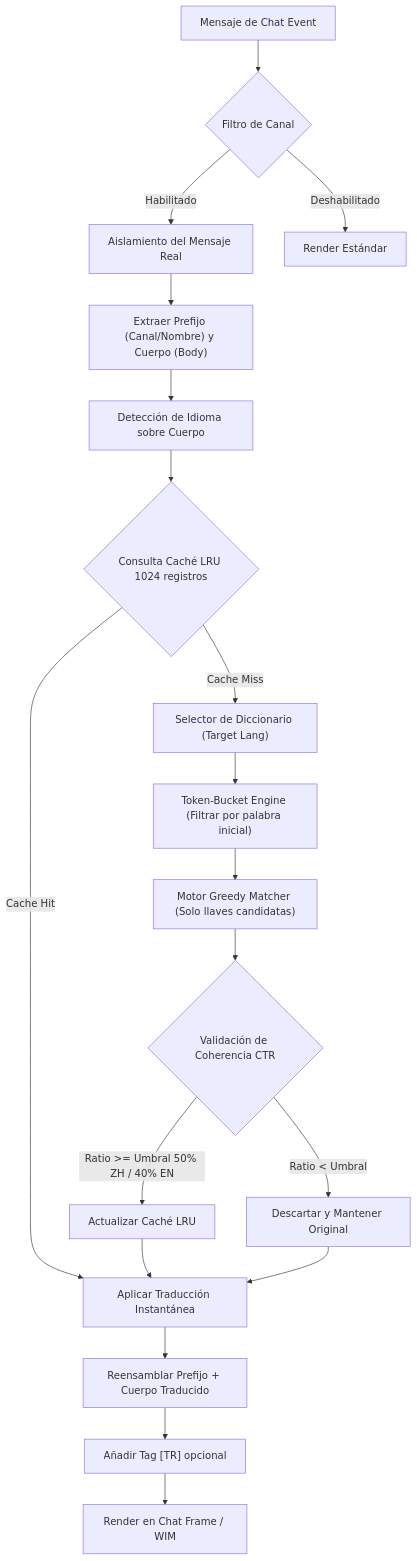
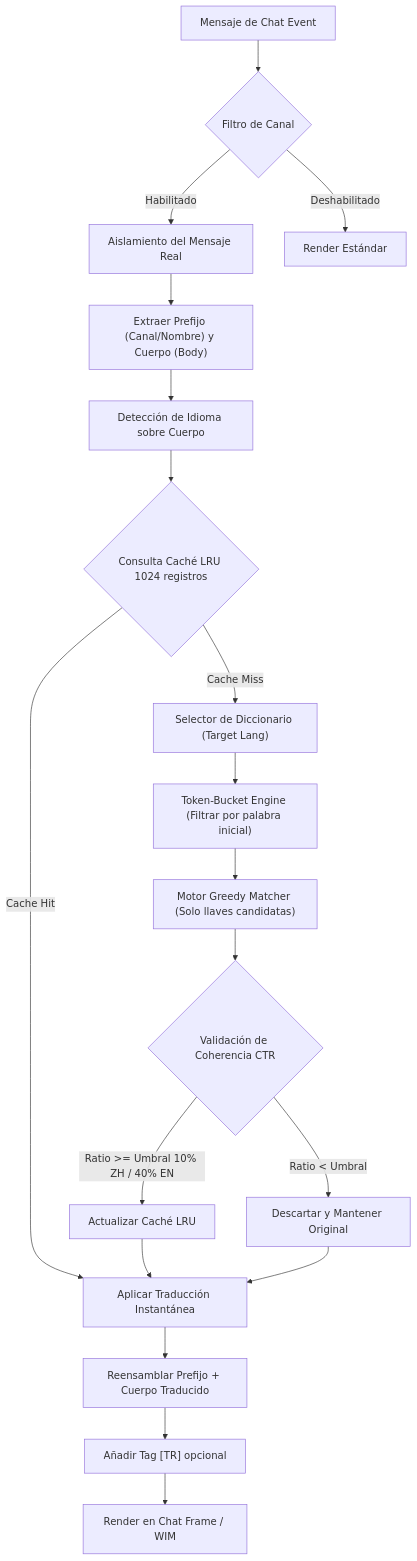
The diagram in wiki/Arquitectura.md (DarckRovert/pfUI-El-Sequito-del-Terror-Edition), drawn with Mermaid before and after one commit. The commit also changed other lines of this file and 2 other files, not shown here.

Commit message:
docs: update Wiki docs to reflect aggressive CTR 10% for Chinese

````diff
--- a/wiki/Arquitectura.md
+++ b/wiki/Arquitectura.md
@@ -21,21 +21,21 @@
 ```mermaid
 graph TD
     A[Mensaje de Chat Event] --> B{Filtro de Canal}
     B -- Habilitado --> C[Aislamiento del Mensaje Real]
     B -- Deshabilitado --> Z[Render Estándar]
     C --> D["Extraer Prefijo (Canal/Nombre) y Cuerpo (Body)"]
     D --> E[Detección de Idioma sobre Cuerpo]
     E --> F{Consulta Caché LRU 1024 registros}
     F -- Cache Hit --> G[Aplicar Traducción Instantánea]
     F -- Cache Miss --> H["Selector de Diccionario (Target Lang)"]
     H --> I["Token-Bucket Engine (Filtrar por palabra inicial)"]
     I --> J["Motor Greedy Matcher (Solo llaves candidatas)"]
     J --> K{Validación de Coherencia CTR}
-    K -- Ratio >= Umbral 50% ZH / 40% EN --> L[Actualizar Caché LRU]
+    K -- Ratio >= Umbral 10% ZH / 40% EN --> L[Actualizar Caché LRU]
     K -- Ratio < Umbral --> M[Descartar y Mantener Original]
     L --> G
     M --> G
     G --> N[Reensamblar Prefijo + Cuerpo Traducido]
     N --> O["Añadir Tag [TR] opcional"]
     O --> P["Render en Chat Frame / WIM"]
 ```
````
